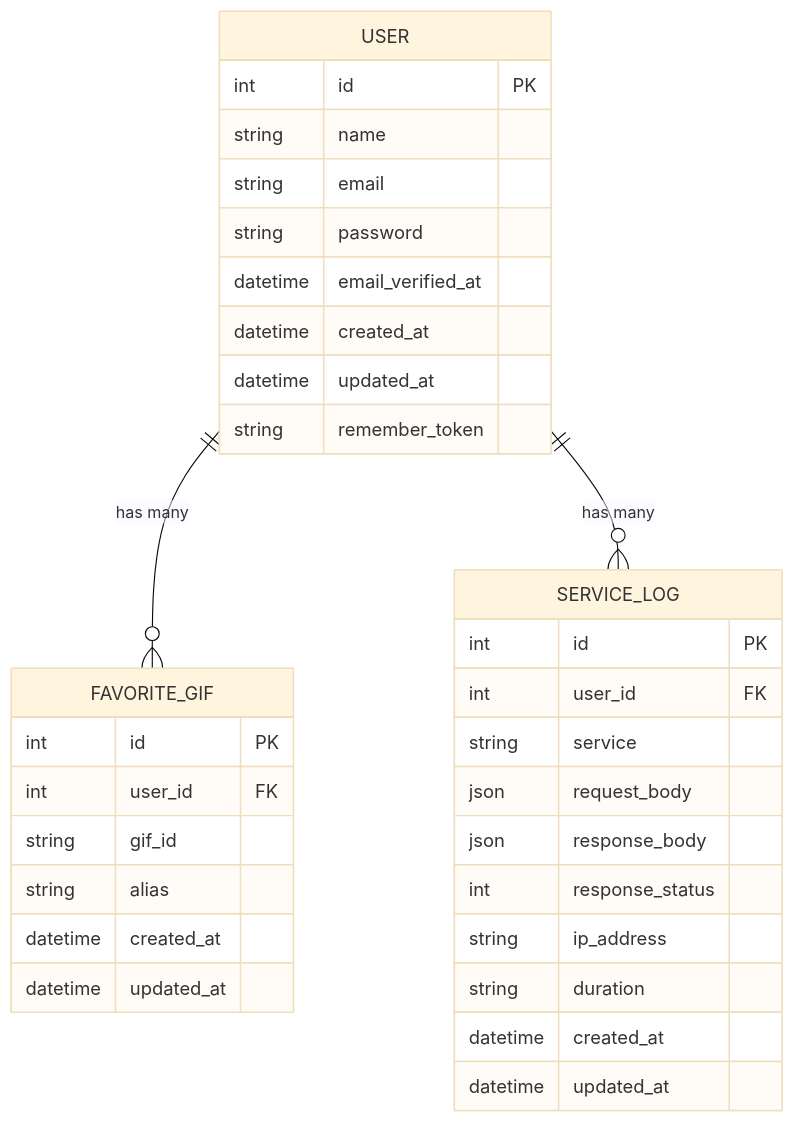
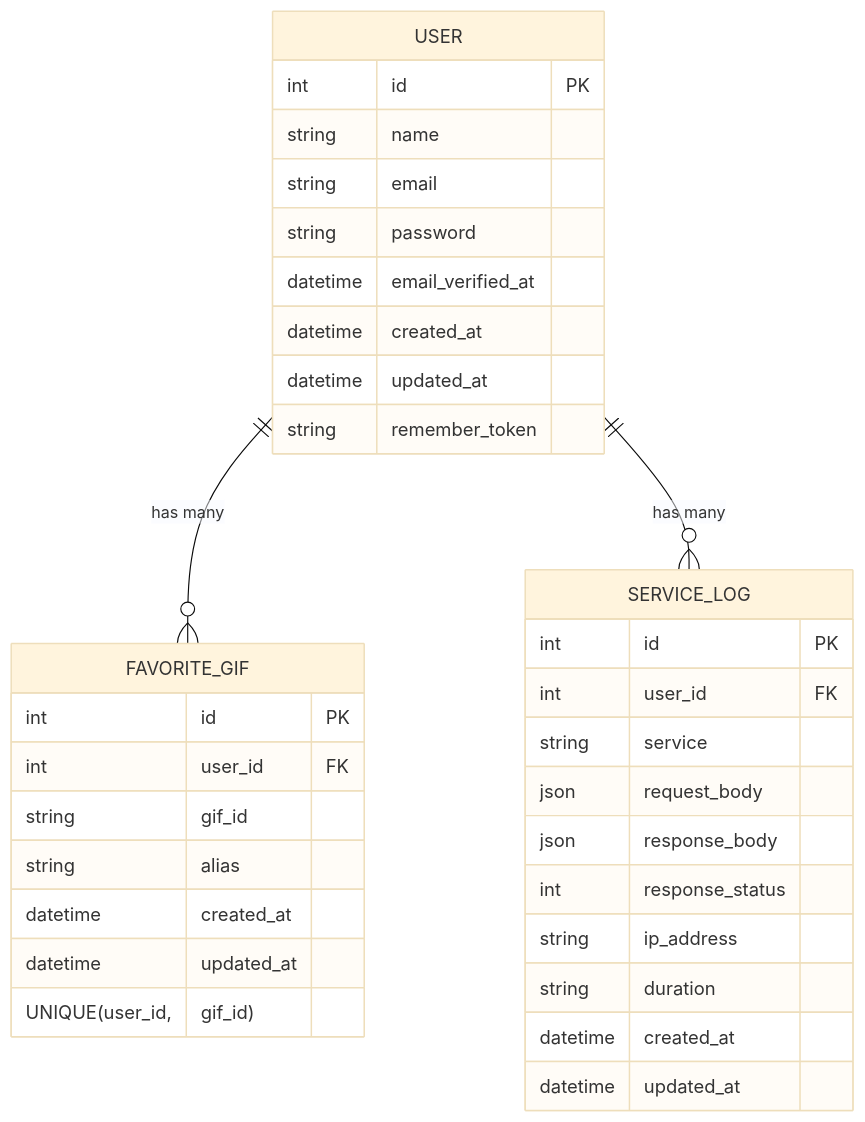
Before and after one commit to The0ld/GIFHub: the diagram in README.md, drawn with Mermaid (base theme).

Commit message:
Improve ERD

````diff
--- a/README.md
+++ b/README.md
@@ -21,36 +21,37 @@
 ```mermaid
 erDiagram
     USER {
         int id PK
         string name
         string email
         string password
         datetime email_verified_at
         datetime created_at
         datetime updated_at
         string remember_token
     }
     FAVORITE_GIF {
         int id PK
         int user_id FK
         string gif_id
         string alias
         datetime created_at
         datetime updated_at
+        UNIQUE(user_id, gif_id)
     }
     SERVICE_LOG {
         int id PK
         int user_id FK
         string service
         json request_body
         json response_body
         int response_status
         string ip_address
         string duration
         datetime created_at
         datetime updated_at
     }
 
     USER ||--o{ FAVORITE_GIF : "has many"
     USER ||--o{ SERVICE_LOG : "has many"
 ```
````
